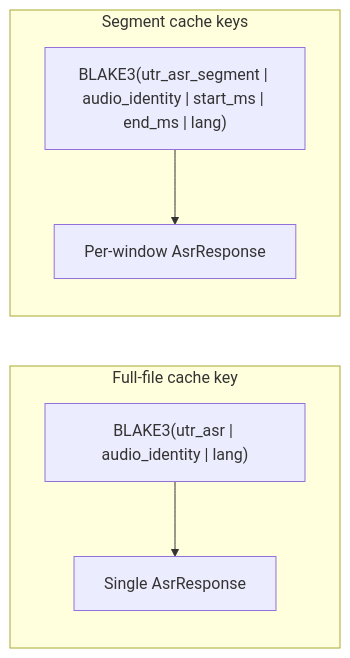
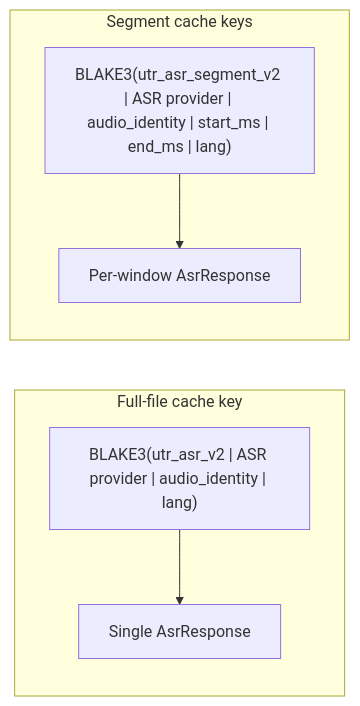
One commit to FranklinChen/talkbank-tools changed diagram 12 of 13 in book/src/batchalign/reference/forced-alignment.md. Above: the diagram before and after it, drawn with Mermaid. The commit also changed other lines of this file and 26 other files, not shown here.

First line of the commit message:
release: prepare 0.7.0 with provider-bound UTR and Chatter 0.22.0

````diff
--- a/book/src/batchalign/reference/forced-alignment.md
+++ b/book/src/batchalign/reference/forced-alignment.md
@@ -1157,12 +1157,12 @@
 ```mermaid
 flowchart LR
     subgraph full ["Full-file cache key"]
-        ff_input["BLAKE3(utr_asr | audio_identity | lang)"]
+        ff_input["BLAKE3(utr_asr_v2 | ASR provider | audio_identity | lang)"]
         ff_input --> ff_entry["Single AsrResponse"]
     end
 
     subgraph partial ["Segment cache keys"]
-        seg_input["BLAKE3(utr_asr_segment | audio_identity | start_ms | end_ms | lang)"]
+        seg_input["BLAKE3(utr_asr_segment_v2 | ASR provider | audio_identity | start_ms | end_ms | lang)"]
         seg_input --> seg_entry["Per-window AsrResponse"]
     end
 ```
````
